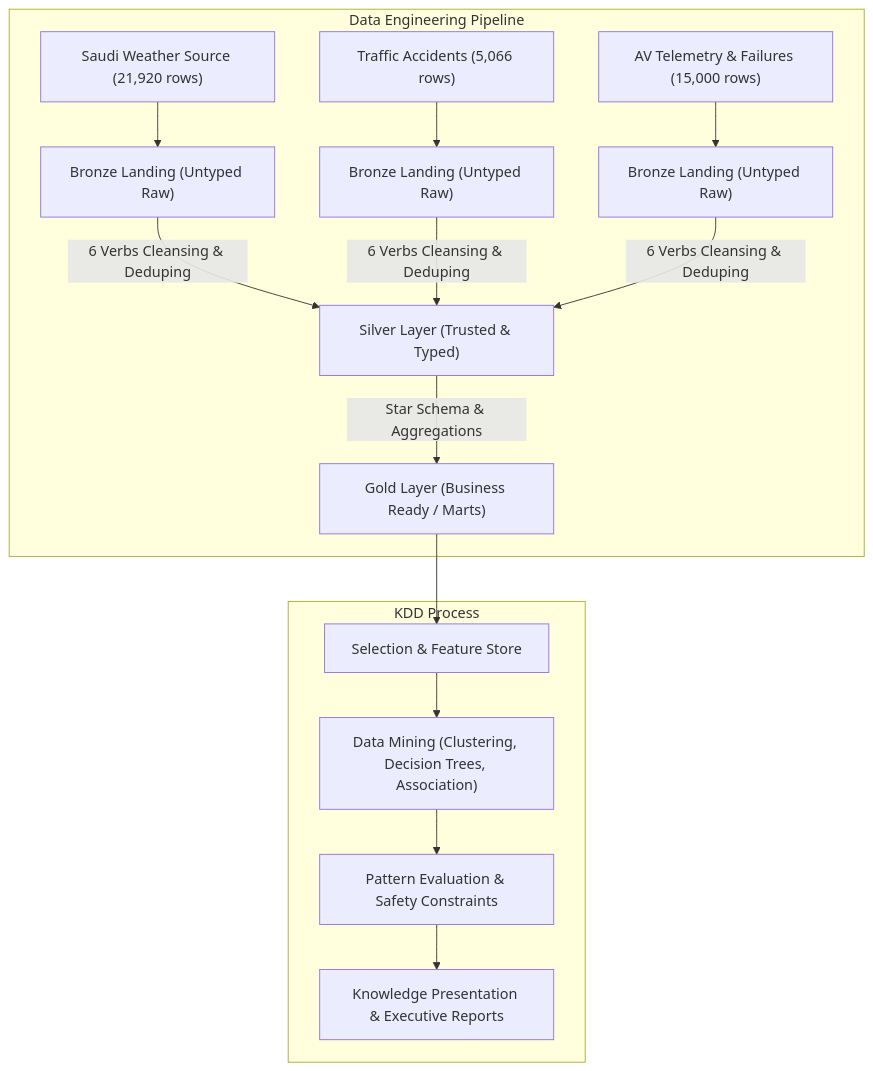
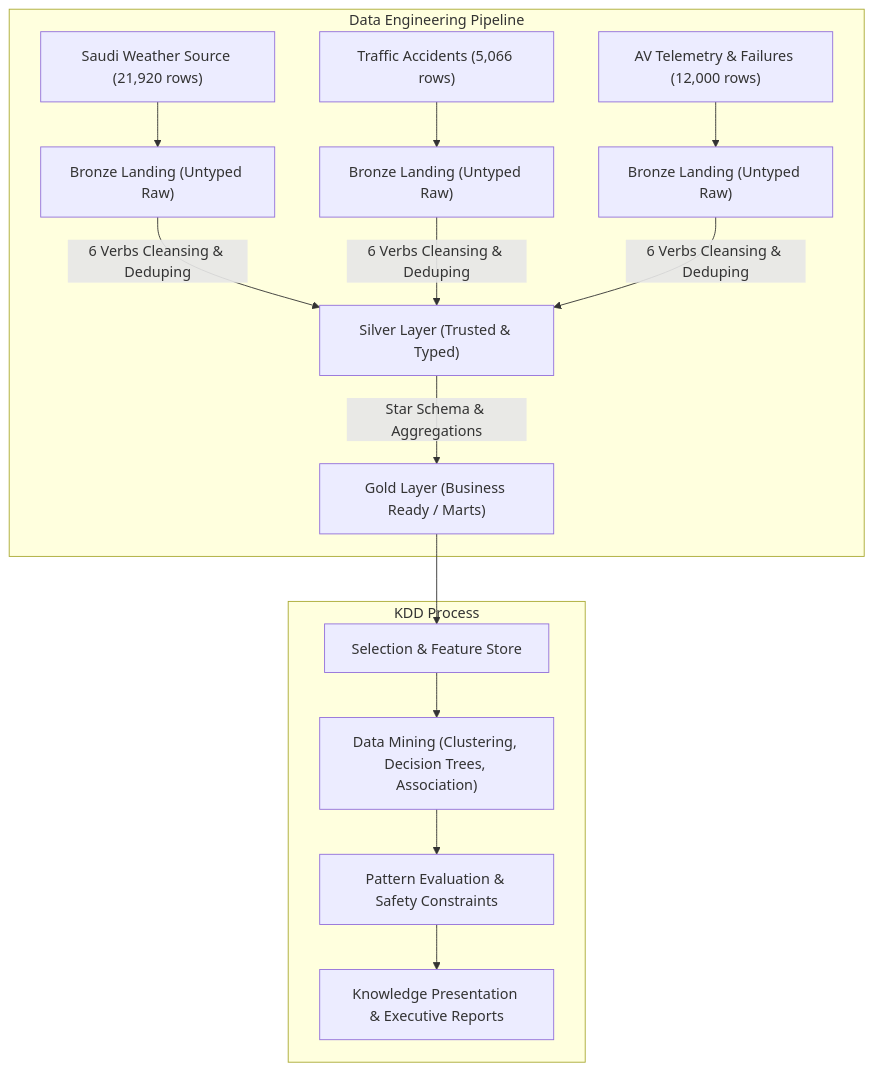
The diagram in docs/01_architecture_overview.md (farahatsaafan/AV-Ready-Saudi), drawn with Mermaid before and after one commit. The commit also changed 9 other files, not shown here.

Commit message:
refactor(data): calibrate AV telemetry volume to 12k rows to achieve 69.2% real data balance

````diff
--- a/docs/01_architecture_overview.md
+++ b/docs/01_architecture_overview.md
@@ -16,18 +16,18 @@
 ```mermaid
 flowchart TD
     subgraph Data Engineering Pipeline
         S1["Saudi Weather Source (21,920 rows)"] --> B1["Bronze Landing (Untyped Raw)"]
         S2["Traffic Accidents (5,066 rows)"] --> B2["Bronze Landing (Untyped Raw)"]
-        S3["AV Telemetry & Failures (15,000 rows)"] --> B3["Bronze Landing (Untyped Raw)"]
+        S3["AV Telemetry & Failures (12,000 rows)"] --> B3["Bronze Landing (Untyped Raw)"]
         
         B1 & B2 & B3 -->|6 Verbs Cleansing & Deduping| SL["Silver Layer (Trusted & Typed)"]
         SL -->|Star Schema & Aggregations| GL["Gold Layer (Business Ready / Marts)"]
     end
     
     subgraph KDD Process
         GL --> SEL["Selection & Feature Store"]
         SEL --> MIN["Data Mining (Clustering, Decision Trees, Association)"]
         MIN --> EVAL["Pattern Evaluation & Safety Constraints"]
         EVAL --> PRES["Knowledge Presentation & Executive Reports"]
     end
 ```
````
